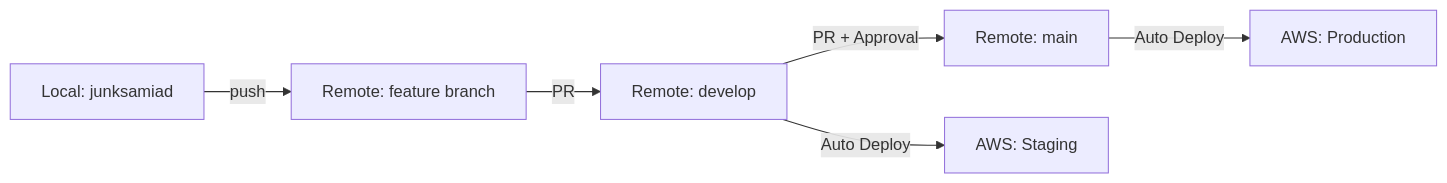
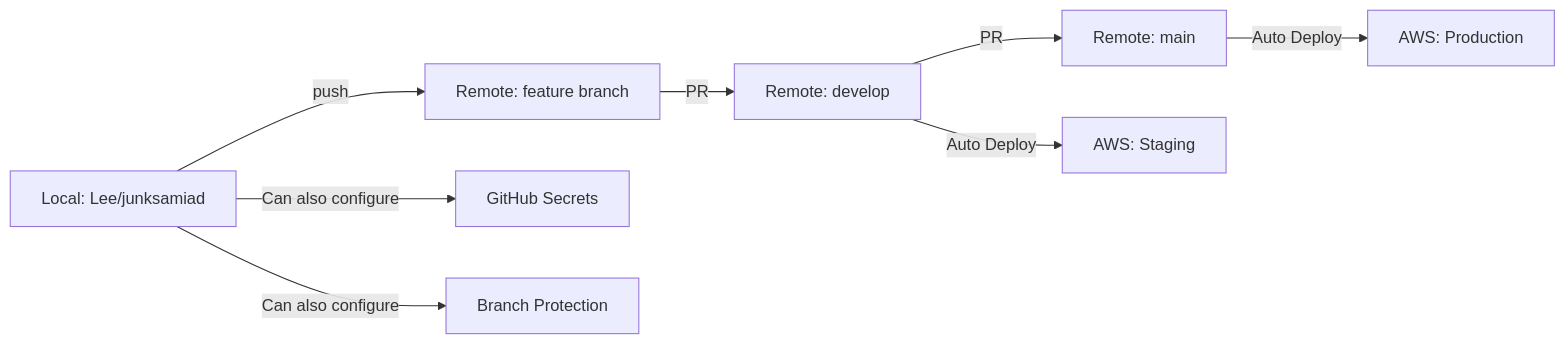
Before and after one commit to 7-central/security-design-assistant: the diagram in docs/setup/github-setup.md, drawn with Mermaid. The commit also changed other lines of this file and 143 other files, not shown here.

````diff
--- a/docs/setup/github-setup.md
+++ b/docs/setup/github-setup.md
@@ -73,8 +98,10 @@
 ```mermaid
 graph LR
-    A[Local: junksamiad] -->|push| B[Remote: feature branch]
+    A[Local: Lee/junksamiad] -->|push| B[Remote: feature branch]
     B -->|PR| C[Remote: develop]
-    C -->|PR + Approval| D[Remote: main]
-    C -->|Auto Deploy| E[AWS: Staging]
-    D -->|Auto Deploy| F[AWS: Production]
+    C -->|PR| D[Remote: main]
+    A -->|Can also configure| E[GitHub Secrets]
+    A -->|Can also configure| F[Branch Protection]
+    C -->|Auto Deploy| G[AWS: Staging]
+    D -->|Auto Deploy| H[AWS: Production]
 ```
````
